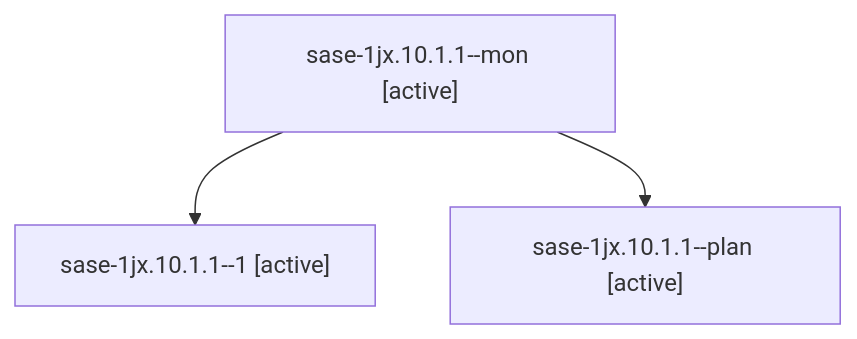
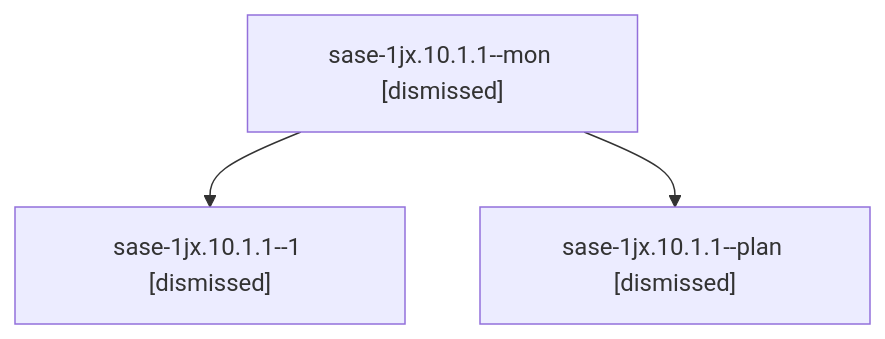
One commit to sase-org/sase--agents changed the diagram in sessions/bbugyi200.athena.sase-1jx.10.1.1.md. Above: the diagram before and after it, drawn with Mermaid. The commit also changed other lines of this file and 105 other files, not shown here.

````diff
--- a/sessions/bbugyi200.athena.sase-1jx.10.1.1.md
+++ b/sessions/bbugyi200.athena.sase-1jx.10.1.1.md
@@ -9,8 +9,8 @@
 ```mermaid
 flowchart TD
-  n0["sase-1jx.10.1.1--mon [active]"]
-  n1["sase-1jx.10.1.1--1 [active]"]
+  n0["sase-1jx.10.1.1--mon [dismissed]"]
+  n1["sase-1jx.10.1.1--1 [dismissed]"]
   n0 --> n1
-  n2["sase-1jx.10.1.1--plan [active]"]
+  n2["sase-1jx.10.1.1--plan [dismissed]"]
   n0 --> n2
 ```
````
